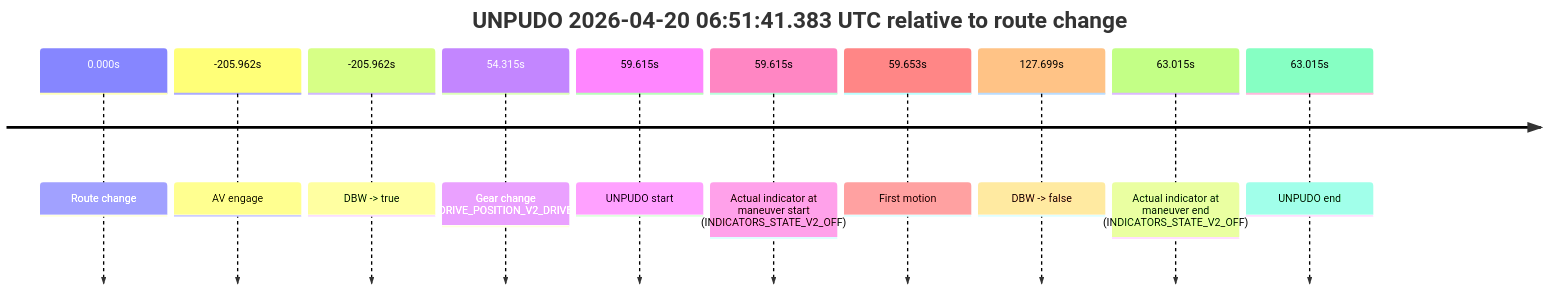
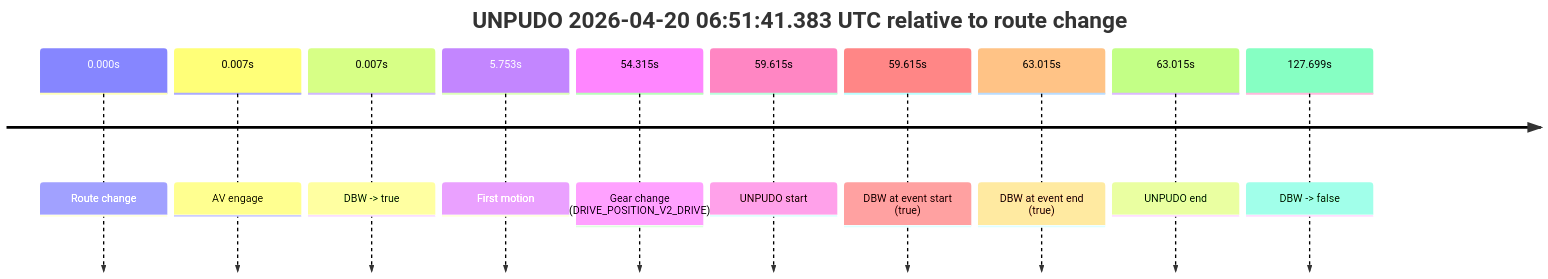
One commit to yoelshapiro/vault changed the fourth of 13 diagrams in model_analysis/report_cards/2026/04/Week-4/fme20018--2026-04-20--06-09-46--gen2-av-f3dff3a8-6b32-43f2-a280-52ddb467ac46.md. Above: the diagram before and after it, drawn with Mermaid. The commit also changed other lines of this file and 85 other files, not shown here.

````diff
--- a/model_analysis/report_cards/2026/04/Week-4/fme20018--2026-04-20--06-09-46--gen2-av-f3dff3a8-6b32-43f2-a280-52ddb467ac46.md
+++ b/model_analysis/report_cards/2026/04/Week-4/fme20018--2026-04-20--06-09-46--gen2-av-f3dff3a8-6b32-43f2-a280-52ddb467ac46.md
@@ -301,14 +310,14 @@
 ```mermaid
 timeline
     title UNPUDO 2026-04-20 06:51:41.383 UTC relative to route change
     0.000s : Route change
-    -205.962s : AV engage
-    -205.962s : DBW -> true
+    0.007s : AV engage
+    0.007s : DBW -> true
+    5.753s : First motion
     54.315s : Gear change (DRIVE_POSITION_V2_DRIVE)
     59.615s : UNPUDO start
-    59.615s : Actual indicator at maneuver start (INDICATORS_STATE_V2_OFF)
-    59.653s : First motion
+    59.615s : DBW at event start (true)
+    63.015s : DBW at event end (true)
+    63.015s : UNPUDO end
     127.699s : DBW -> false
-    63.015s : Actual indicator at maneuver end (INDICATORS_STATE_V2_OFF)
-    63.015s : UNPUDO end
 ```
````
